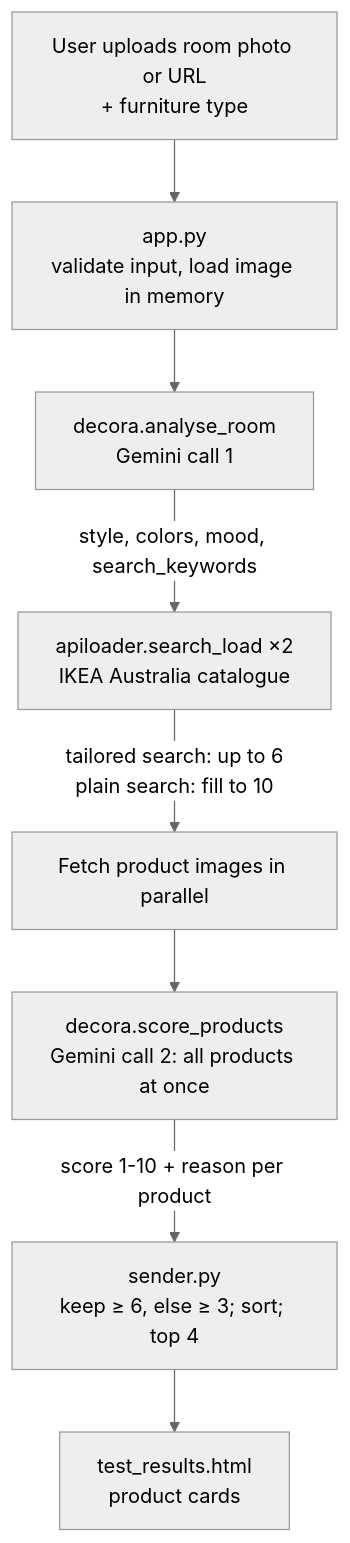
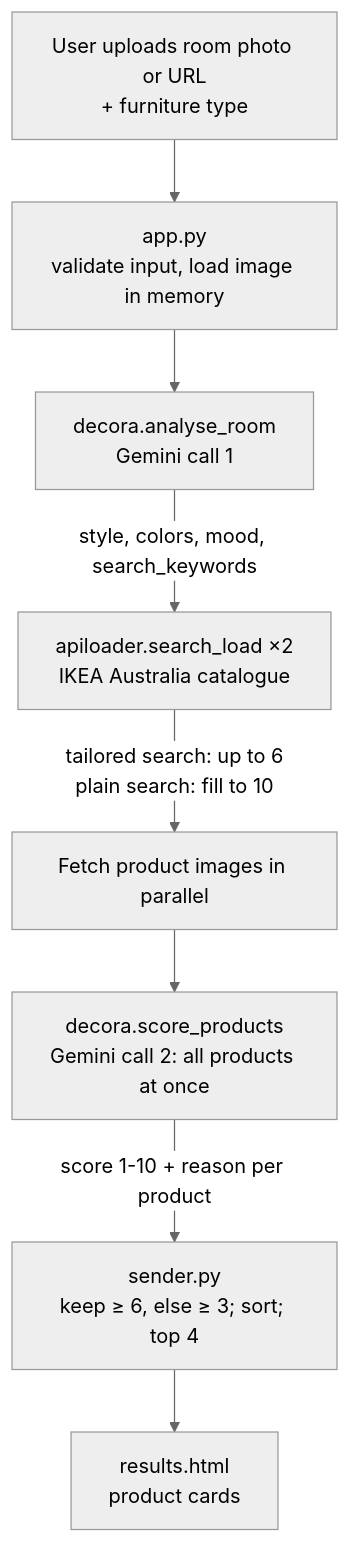
One commit to iffataz/Decora changed the diagram in docs/DEMO.md. Above: the diagram before and after it, drawn with Mermaid (neutral theme). The commit also changed other lines of this file and 18 other files, not shown here.

````diff
--- a/docs/DEMO.md
+++ b/docs/DEMO.md
@@ -20,10 +20,10 @@
 ```mermaid
 flowchart TD
     A[User uploads room photo or URL<br/>+ furniture type] --> B[app.py<br/>validate input, load image in memory]
     B --> C[decora.analyse_room<br/>Gemini call 1]
     C -->|style, colors, mood, search_keywords| D[apiloader.search_load ×2<br/>IKEA Australia catalogue]
     D -->|tailored search: up to 6<br/>plain search: fill to 10| E[Fetch product images in parallel]
     E --> F[decora.score_products<br/>Gemini call 2: all products at once]
     F -->|score 1-10 + reason per product| G[sender.py<br/>keep ≥ 6, else ≥ 3; sort; top 4]
-    G --> H[test_results.html<br/>product cards]
+    G --> H[results.html<br/>product cards]
 ```
````
